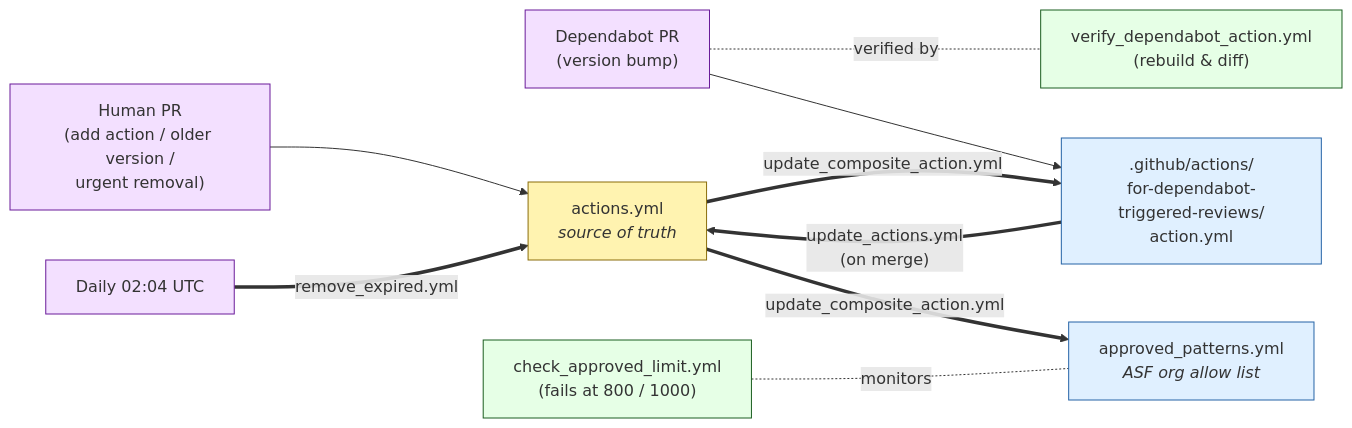
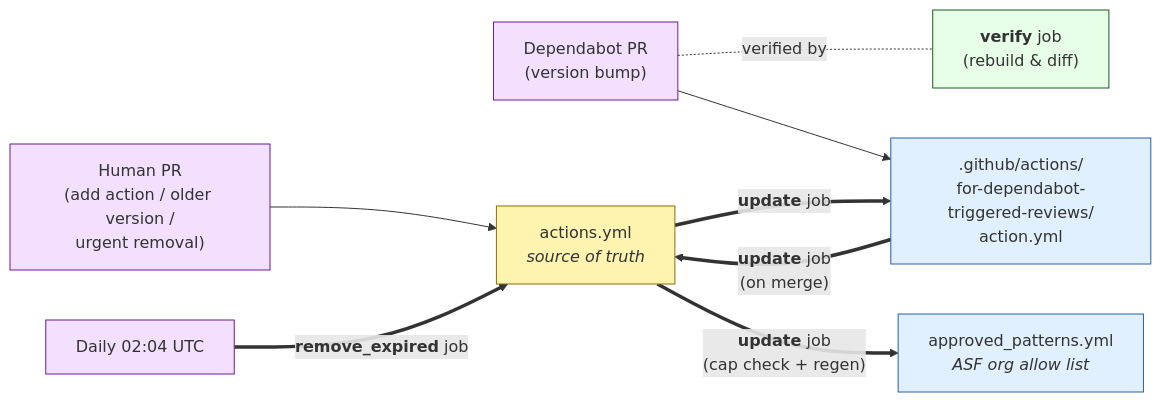
The first of 4 diagrams in README.md (apache/infrastructure-actions), drawn with Mermaid before and after one commit. The commit also changed other lines of this file and 5 other files, not shown here.

First line of the commit message:
workflows: fix allowlist race, inline cap check, drop PAT (#866) (#876)

````diff
--- a/README.md
+++ b/README.md
@@ -110,31 +110,29 @@
 ```mermaid
 graph LR
     human["Human PR<br/>(add action / older version /<br/>urgent removal)"]
     dependabot["Dependabot PR<br/>(version bump)"]
     cron["Daily 02:04 UTC"]
 
     actions["actions.yml<br/><i>source of truth</i>"]
     composite[".github/actions/<br/>for-dependabot-triggered-reviews/<br/>action.yml"]
     approved["approved_patterns.yml<br/><i>ASF org allow list</i>"]
 
     human-->actions
     dependabot-->composite
-    dependabot-.verified by.-verify["verify_dependabot_action.yml<br/>(rebuild &amp; diff)"]
+    dependabot-.verified by.-verify["<b>verify</b> job<br/>(rebuild &amp; diff)"]
 
-    composite=="update_actions.yml<br/>(on merge)"==>actions
-    cron=="remove_expired.yml"==>actions
+    composite=="<b>update</b> job<br/>(on merge)"==>actions
+    cron=="<b>remove_expired</b> job"==>actions
 
-    actions=="update_composite_action.yml"==>composite
-    actions=="update_composite_action.yml"==>approved
-
-    guard["check_approved_limit.yml<br/>(fails at 800 / 1000)"]-.monitors.-approved
+    actions=="<b>update</b> job"==>composite
+    actions=="<b>update</b> job<br/>(cap check + regen)"==>approved
 
     classDef source fill:#fff3b0,stroke:#8a6d0b,color:#333
     classDef generated fill:#e0f0ff,stroke:#2563a6,color:#333
     classDef trigger fill:#f3e0ff,stroke:#6a1b9a,color:#333
-    classDef workflow fill:#e6ffe6,stroke:#1b5e20,color:#333
+    classDef job fill:#e6ffe6,stroke:#1b5e20,color:#333
     class actions source
     class composite,approved generated
     class human,dependabot,cron trigger
-    class verify,guard workflow
+    class verify job
 ```
````
